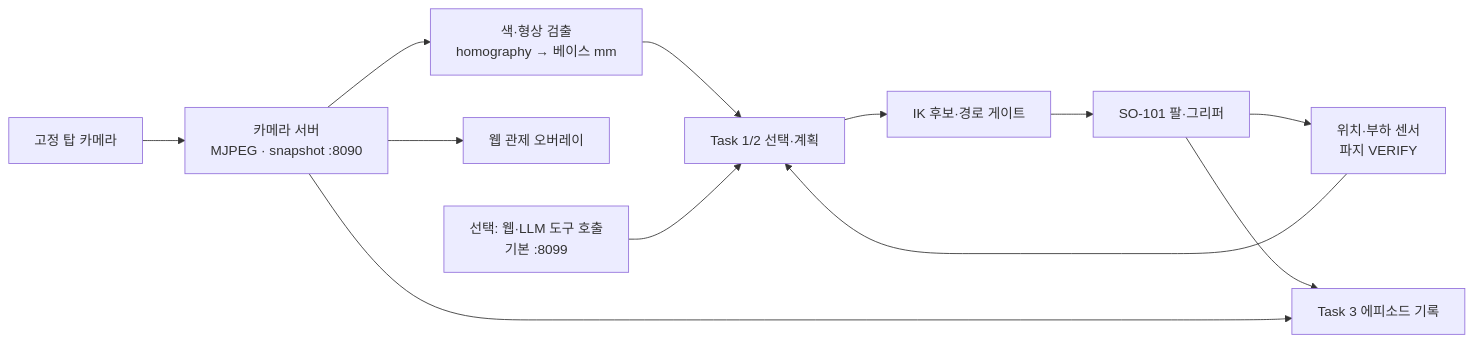
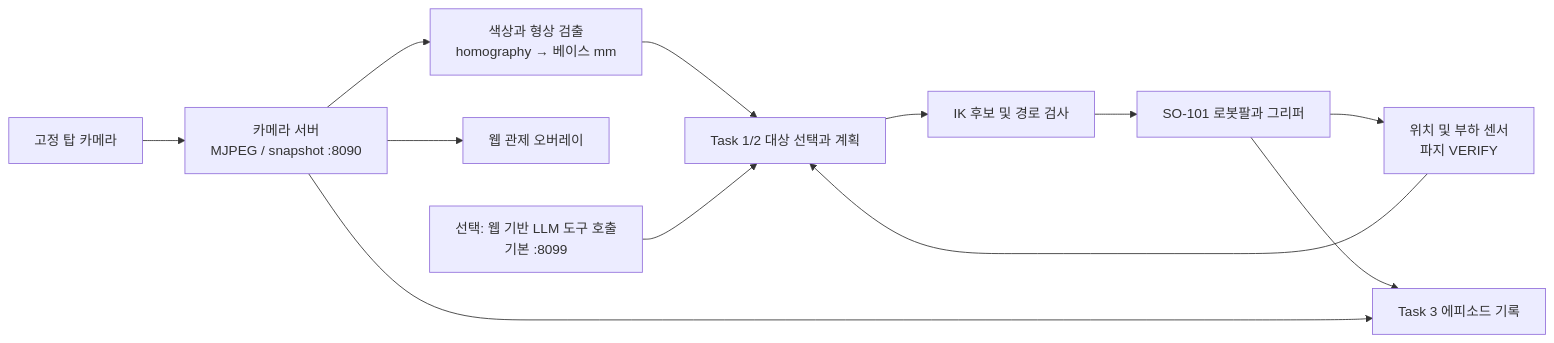
Before and after one commit to capstone-sim2real/lerobot_sim2real: the first of 2 diagrams in README.md, drawn with Mermaid. The commit also changed other lines of this file and 6 other files, not shown here.

````diff
--- a/README.md
+++ b/README.md
@@ -61,14 +59,14 @@
 ```mermaid
 flowchart LR
-    C[고정 탑 카메라] --> CS[카메라 서버<br/>MJPEG · snapshot :8090]
-    CS --> P[색·형상 검출<br/>homography → 베이스 mm]
-    P --> S[Task 1/2 선택·계획]
-    S --> IK[IK 후보·경로 게이트]
-    IK --> V[SO-101 팔·그리퍼]
-    V --> G[위치·부하 센서<br/>파지 VERIFY]
+    C[고정 탑 카메라] --> CS[카메라 서버<br/>MJPEG / snapshot :8090]
+    CS --> P[색상과 형상 검출<br/>homography → 베이스 mm]
+    P --> S[Task 1/2 대상 선택과 계획]
+    S --> IK[IK 후보 및 경로 검사]
+    IK --> V[SO-101 로봇팔과 그리퍼]
+    V --> G[위치 및 부하 센서<br/>파지 VERIFY]
     G --> S
     CS --> W[웹 관제 오버레이]
-    A[선택: 웹·LLM 도구 호출<br/>기본 :8099] --> S
+    A[선택: 웹 기반 LLM 도구 호출<br/>기본 :8099] --> S
     V --> D[Task 3 에피소드 기록]
     CS --> D
 ```
````
